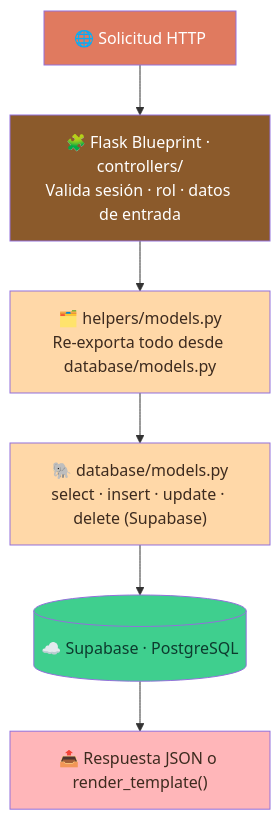
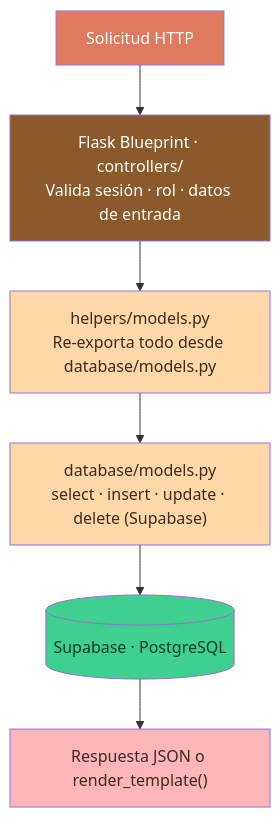
The fourth of 4 diagrams in README.md (19Yisus22/WEB_D.ANTOJITOS-VS_2026), drawn with Mermaid before and after one commit. The commit also changed other lines of this file and 25 other files, not shown here.

````diff
--- a/README.md
+++ b/README.md
@@ -375,15 +370,15 @@
 ```mermaid
 flowchart TD
-    A["🌐 Solicitud HTTP"] --> B["🧩 Flask Blueprint · controllers/<br/>Valida sesión · rol · datos de entrada"]
-    B --> C["🗂️ helpers/models.py<br/>Re-exporta todo desde database/models.py"]
-    C --> D["🐘 database/models.py<br/>select · insert · update · delete (Supabase)"]
-    D --> E[("☁️ Supabase · PostgreSQL")]
-    E --> F["📤 Respuesta JSON o render_template()"]
+    A["Solicitud HTTP"] --> B["Flask Blueprint · controllers/<br/>Valida sesión · rol · datos de entrada"]
+    B --> C["helpers/models.py<br/>Re-exporta todo desde database/models.py"]
+    C --> D["database/models.py<br/>select · insert · update · delete (Supabase)"]
+    D --> E[("Supabase · PostgreSQL")]
+    E --> F["Respuesta JSON o render_template()"]
 
     style A fill:#E07A5F,color:#fff
     style B fill:#8B5A2B,color:#fff
     style C fill:#FFD8A8,color:#3d2b1f
     style D fill:#FFD8A8,color:#3d2b1f
     style E fill:#3FCF8E,color:#0d3b2e
     style F fill:#FFB6B9,color:#3d2b1f
 ```
````
